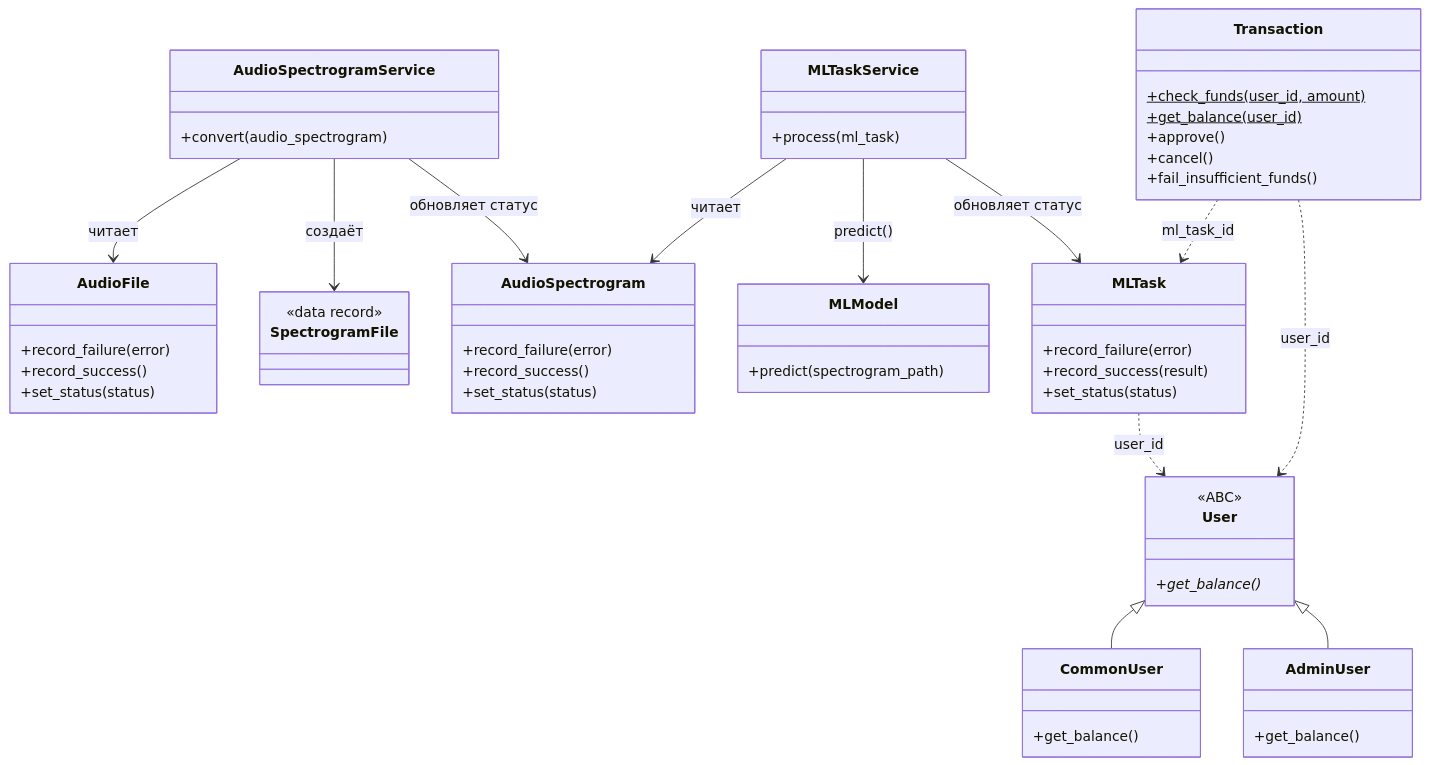
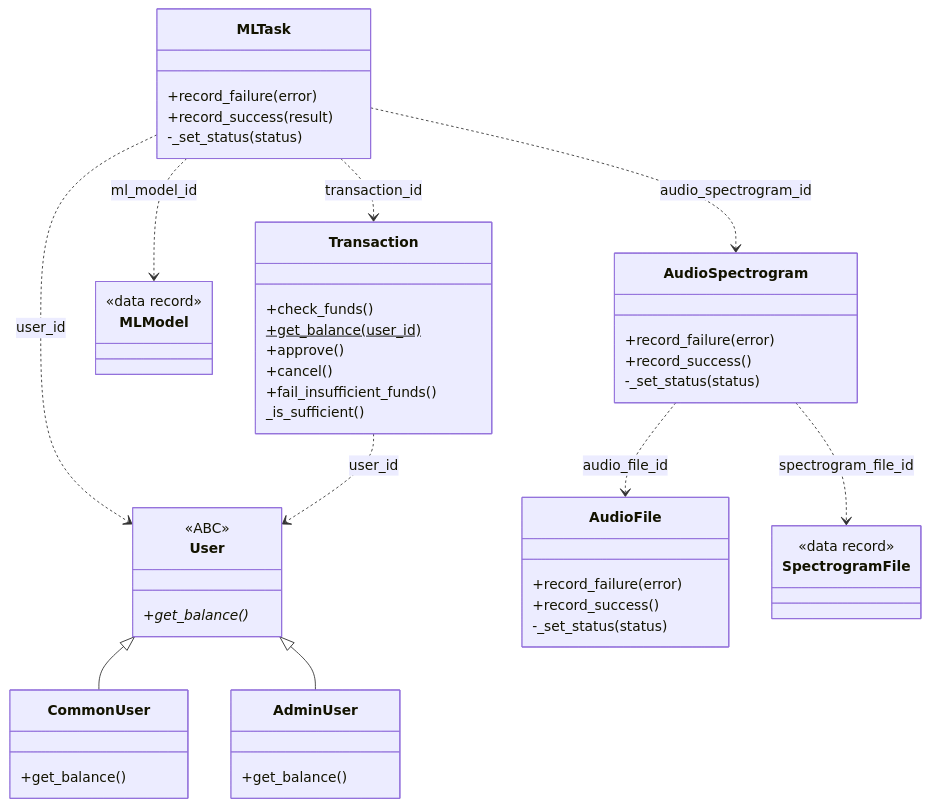
Before and after one commit to Ch1g/MusicGenreSommelierAI: the first of 2 diagrams in README.md, drawn with Mermaid. The commit also changed other lines of this file and 4 other files, not shown here.

````diff
--- a/README.md
+++ b/README.md
@@ -31,74 +31,63 @@
 ```mermaid
 classDiagram
     direction TB
 
     class User {
         <<ABC>>
         +get_balance()* 
     }
 
     class CommonUser {
         +get_balance()
     }
 
     class AdminUser {
         +get_balance()
     }
 
     class AudioFile {
         +record_failure(error)
         +record_success()
-        +set_status(status)
+        -_set_status(status)
     }
 
     class SpectrogramFile {
         <<data record>>
     }
 
     class AudioSpectrogram {
         +record_failure(error)
         +record_success()
-        +set_status(status)
+        -_set_status(status)
     }
 
     class MLModel {
-        +predict(spectrogram_path)
+        <<data record>>
     }
 
     class MLTask {
         +record_failure(error)
         +record_success(result)
-        +set_status(status)
+        -_set_status(status)
     }
 
     class Transaction {
-        +check_funds(user_id, amount) $
+        +check_funds()
         +get_balance(user_id) $
         +approve()
         +cancel()
         +fail_insufficient_funds()
-    }
-
-    class AudioSpectrogramService {
-        +convert(audio_spectrogram)
-    }
-
-    class MLTaskService {
-        +process(ml_task)
+        _is_sufficient()
     }
 
     User <|-- CommonUser
     User <|-- AdminUser
 
-    AudioSpectrogramService --> AudioSpectrogram : обновляет статус
-    AudioSpectrogramService --> AudioFile : читает
-    AudioSpectrogramService --> SpectrogramFile : создаёт
-
-    MLTaskService --> MLTask : обновляет статус
-    MLTaskService --> AudioSpectrogram : читает
-    MLTaskService --> MLModel : predict()
-
     MLTask ..> User : user_id
+    MLTask ..> Transaction : transaction_id
+    MLTask ..> MLModel : ml_model_id
+    MLTask ..> AudioSpectrogram : audio_spectrogram_id
     Transaction ..> User : user_id
-    Transaction ..> MLTask : ml_task_id
+    AudioSpectrogram ..> AudioFile : audio_file_id
+    AudioSpectrogram ..> SpectrogramFile : spectrogram_file_id
 ```
````
